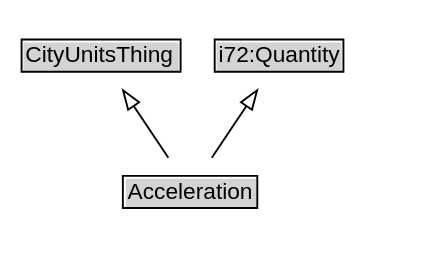
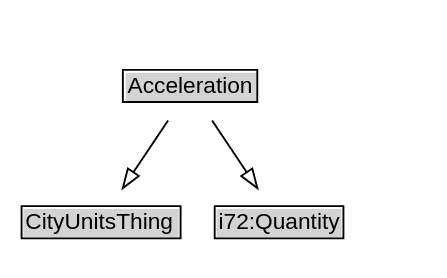
The diagram in docs/diagrams/acceleration.dot (k-vaughn/ontology-cdm-p1-v1), drawn with Graphviz before and after one commit. The commit also changed 283 other files, not shown here.

```diff
--- a/docs/diagrams/acceleration.dot
+++ b/docs/diagrams/acceleration.dot
@@ -1,18 +1,18 @@
 // Diagram for Acceleration
 digraph {
 	graph [overlap=false rankdir=TB splines=true]
 	node [fontname=Arial fontsize=12 margin=0 shape=none]
 	edge [fontname=Arial fontsize=11]
+	Acceleration [label=<<TABLE BORDER="1" CELLBORDER="0" CELLSPACING="0" CELLPADDING="1"><TR><TD BGCOLOR="lightgray" ALIGN="CENTER">Acceleration</TD></TR></TABLE>> URL="../Acceleration" margin=0]
 	{
 		rank=max
-		Acceleration [label=<<TABLE BORDER="1" CELLBORDER="0" CELLSPACING="0" CELLPADDING="1"><TR><TD BGCOLOR="lightgray" ALIGN="CENTER" PORT="e">Acceleration</TD></TR></TABLE>> URL="../Acceleration.md" margin=0]
 	}
 	subgraph cluster_associated {
 		label="" style=invis
 		Invis [label=<<TABLE BORDER="0" CELLBORDER="0" CELLSPACING="0" CELLPADDING="1"><TR><TD></TD></TR></TABLE>> margin=0 style=invis]
 	}
-	CityUnitsThing [label=<<TABLE BORDER="1" CELLBORDER="0" CELLSPACING="0" CELLPADDING="1"><TR><TD BGCOLOR="lightgray" ALIGN="CENTER">CityUnitsThing</TD></TR></TABLE>> URL="../CityUnitsThing.md" margin=0]
+	CityUnitsThing [label=<<TABLE BORDER="1" CELLBORDER="0" CELLSPACING="0" CELLPADDING="1"><TR><TD BGCOLOR="lightgray" ALIGN="CENTER">CityUnitsThing</TD></TR></TABLE>> URL="../CityUnitsThing" margin=0]
 	Acceleration -> CityUnitsThing [arrowhead=onormal style=solid]
-	i72_Quantity [label=<<TABLE BORDER="1" CELLBORDER="0" CELLSPACING="0" CELLPADDING="1"><TR><TD BGCOLOR="lightgray" ALIGN="CENTER">i72:Quantity</TD></TR></TABLE>> margin=0]
+	i72_Quantity [label=<<TABLE BORDER="1" CELLBORDER="0" CELLSPACING="0" CELLPADDING="1"><TR><TD BGCOLOR="lightgray" ALIGN="CENTER">i72:Quantity</TD></TR></TABLE>> URL="https://w3id.org/citydata/21972/v1/Quantity" margin=0]
 	Acceleration -> i72_Quantity [arrowhead=onormal style=solid]
 }
```
